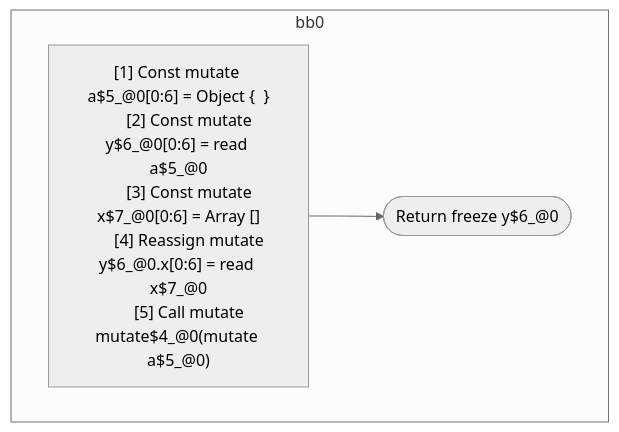
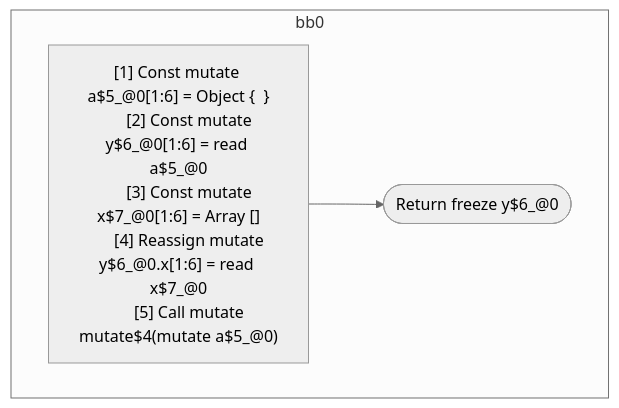
The diagram in compiler/forget/src/__tests__/fixtures/hir/ssa-property-mutate-alias.expect.md (wutsmog/private), drawn with Mermaid (neutral theme) before and after one commit. The commit also changed other lines of this file and 100 other files, not shown here.

````diff
--- a/compiler/forget/src/__tests__/fixtures/hir/ssa-property-mutate-alias.expect.md
+++ b/compiler/forget/src/__tests__/fixtures/hir/ssa-property-mutate-alias.expect.md
@@ -33,17 +50,17 @@
 ```mermaid
 flowchart TB
   %% Basic Blocks
   subgraph bb0
     bb0_instrs["
-      [1] Const mutate a$5_@0[0:6] = Object {  }
-      [2] Const mutate y$6_@0[0:6] = read a$5_@0
-      [3] Const mutate x$7_@0[0:6] = Array []
-      [4] Reassign mutate y$6_@0.x[0:6] = read x$7_@0
-      [5] Call mutate mutate$4_@0(mutate a$5_@0)
+      [1] Const mutate a$5_@0[1:6] = Object {  }
+      [2] Const mutate y$6_@0[1:6] = read a$5_@0
+      [3] Const mutate x$7_@0[1:6] = Array []
+      [4] Reassign mutate y$6_@0.x[1:6] = read x$7_@0
+      [5] Call mutate mutate$4(mutate a$5_@0)
     "]
     bb0_instrs --> bb0_terminal(["Return freeze y$6_@0"])
   end
 
   %% Jumps
   %% empty
 ```
````
